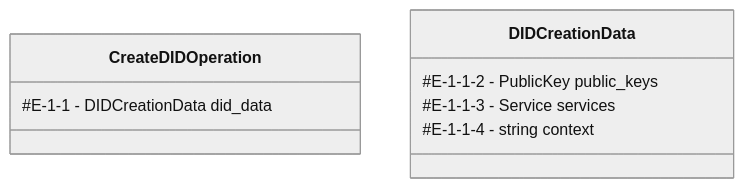
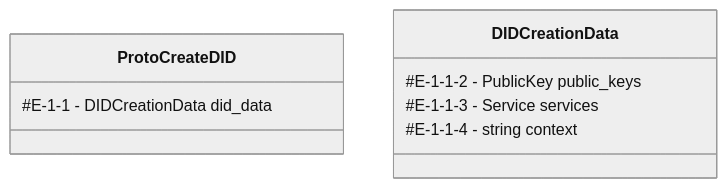
Before and after one commit to hyperledger-identus/prism-vdr-driver: the fifth of 11 diagrams in prism-vdr-specification.md, drawn with Mermaid (neutral theme). The commit also changed other lines of this file, not shown here.

Commit message:
cleanup proto files & minor improvements

````diff
--- a/prism-vdr-specification.md
+++ b/prism-vdr-specification.md
@@ -333,10 +333,10 @@
 ```mermaid
 classDiagram
 
-class CreateDIDOperation
-CreateDIDOperation : #E-1-1 - DIDCreationData did_data
+class ProtoCreateDID
+ProtoCreateDID : #E-1-1 - DIDCreationData did_data
 DIDCreationData : #E-1-1-2 - PublicKey public_keys
 DIDCreationData : #E-1-1-3 - Service services
 DIDCreationData : #E-1-1-4 - string context
 
 ```
````
